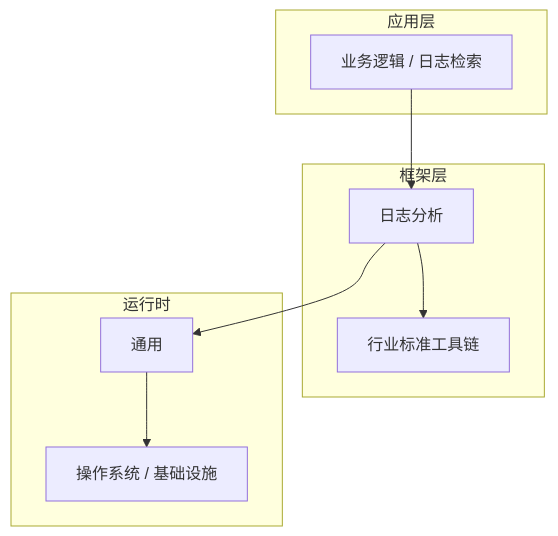
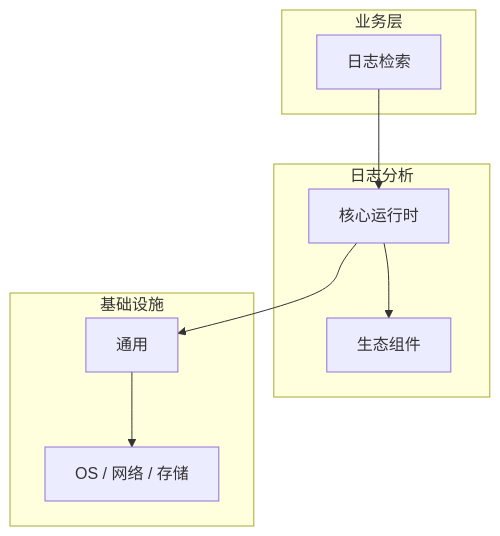
One commit to yanggan2015/knowledge-json-v2 changed the diagram in articles/日志分析/chapters/019-日志检索核心概念与原理.md. Above: the diagram before and after it, drawn with Mermaid. The commit also changed other lines of this file and 10127 other files, not shown here.

````diff
--- a/articles/日志分析/chapters/019-日志检索核心概念与原理.md
+++ b/articles/日志分析/chapters/019-日志检索核心概念与原理.md
@@ -45,18 +34,18 @@
 ```mermaid
 graph TB
-    subgraph 应用层
-        A[业务逻辑 / 日志检索]
+    subgraph 业务层
+        A[日志检索]
     end
-    subgraph 框架层
-        B[日志分析]
-        C[行业标准工具链]
+    subgraph 日志分析
+        B[核心运行时]
+        C[生态组件]
     end
-    subgraph 运行时
+    subgraph 基础设施
         D[通用]
-        E[操作系统 / 基础设施]
+        E[OS / 网络 / 存储]
     end
     A --> B
     B --> C
     B --> D
     D --> E
 ```
````
